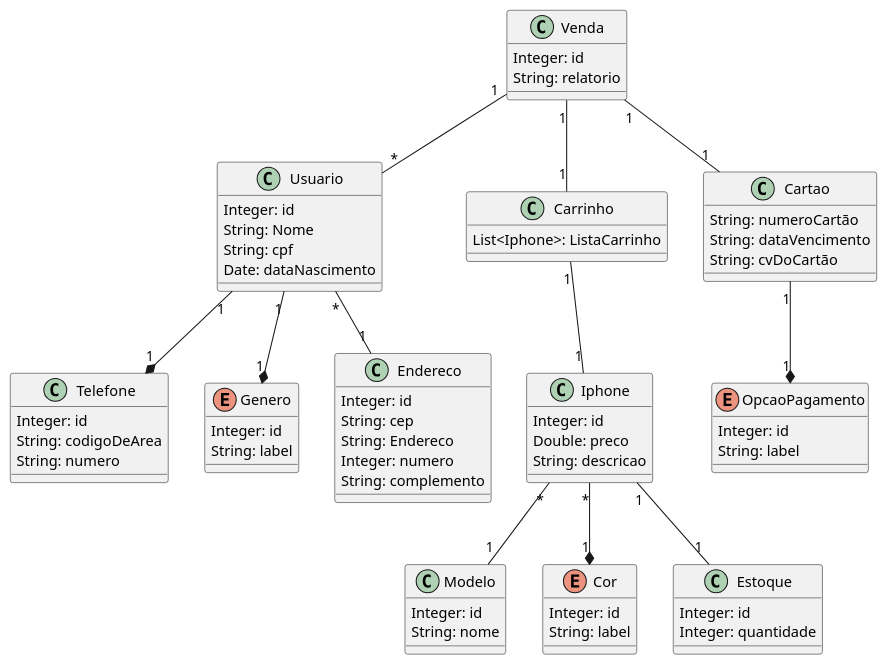
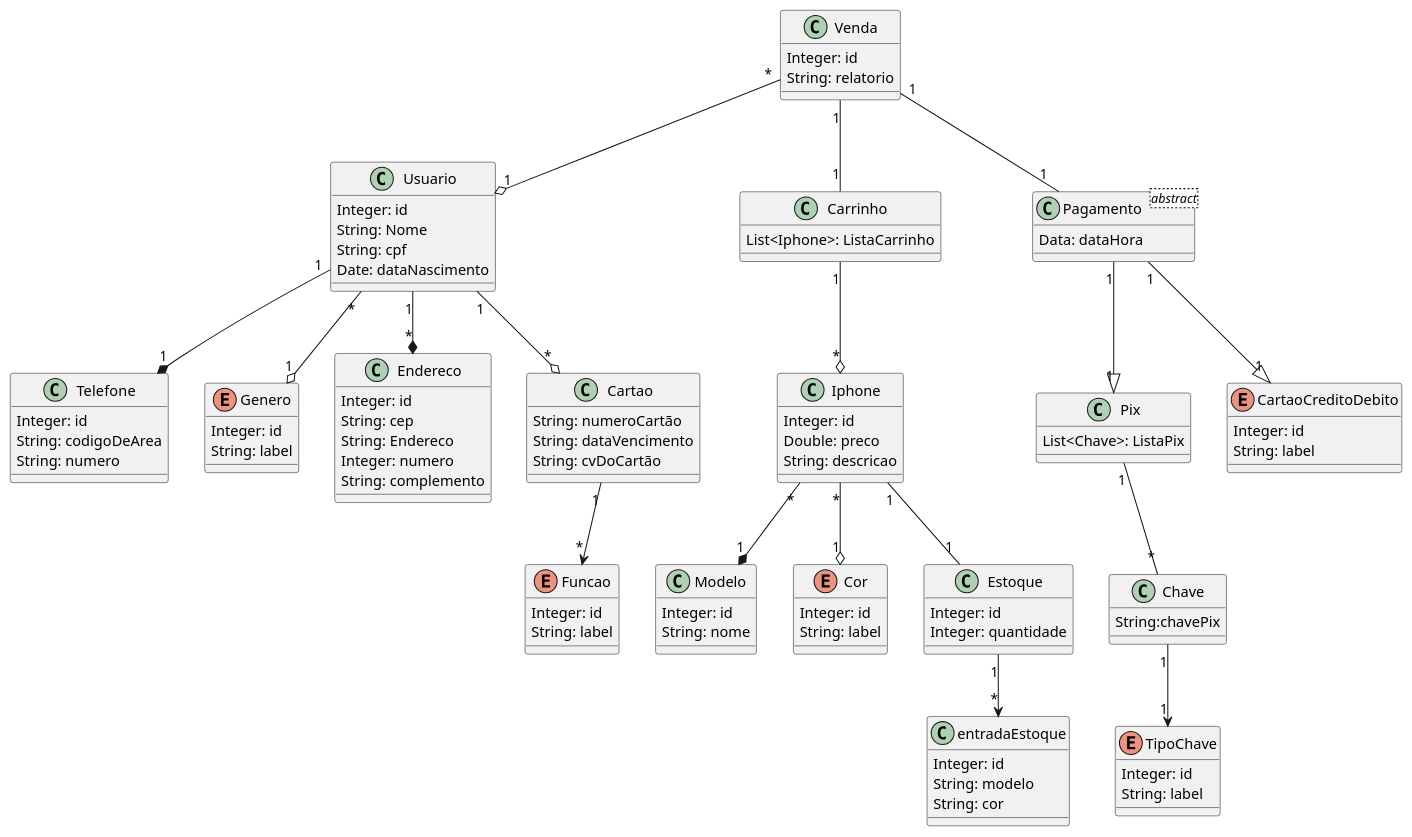
Before and after one commit to rafael-a-s/modelo-uml-rriphones: the diagram in index.puml, drawn with PlantUML.

Commit message:
Atualização do diagrama na aula 24/03

```diff
--- a/index.puml
+++ b/index.puml
@@ -1,82 +1,114 @@
 @startuml
 
 '=============== Produto ============'
 class Iphone{
   Integer: id
   Double: preco
   String: descricao
 }
 class Modelo{
   Integer: id
   String: nome
 }
 enum Cor{
   Integer: id
   String: label
 }
 class Estoque{
   Integer: id
   Integer: quantidade
 
 }
-Iphone "*"--*"1" Cor
-Iphone "*"--"1" Modelo
+class entradaEstoque{
+  Integer: id
+  String: modelo
+  String: cor
+
+}
+Iphone "*"--o "1" Cor
+Iphone "*"--*"1" Modelo
 Iphone "1"--"1" Estoque
+Estoque "1"-->"*" entradaEstoque
 '=============== Usuario ============'
 class Usuario{
   Integer: id
   String: Nome
   String: cpf
   Date: dataNascimento
 
 }
 class Telefone{
   Integer: id
   String: codigoDeArea
   String: numero
 }
 enum Genero{
   Integer: id
   String: label
 }
 class Endereco{
   Integer: id
   String: cep 
   String: Endereco
   Integer: numero
   String: complemento
 }
+'Guardar hash do cv do cartao'
+'Hash da data de vencimento'
+class Cartao{
+  String: numeroCartão
+  String: dataVencimento
+  String: cvDoCartão 
+}
 
-Usuario "1"--*"1" Genero
+Enum Funcao{
+  Integer: id
+  String: label
+}
+
+Usuario "*"--o "1" Genero
 Usuario "1"--*"1" Telefone
-Usuario "*"--"1" Endereco
+Usuario "1"--*"*" Endereco
+Usuario "1"--o "*" Cartao
+Cartao "1"-->"*" Funcao
 '=============== Compra ============'
 class Carrinho{
   List<Iphone>: ListaCarrinho
 }
 class Venda{
   Integer: id
   String: relatorio
 }
-class Cartao{
-  String: numeroCartão
-  String: dataVencimento
-  String: cvDoCartão
+class  Pagamento<abstract>{
+  Data: dataHora
 }
-
-Enum OpcaoPagamento{
+class Pix {
+  List<Chave>: ListaPix
+}
+class Chave{
+  String:chavePix
+}
+Enum TipoChave{
   Integer: id
   String: label
 }
 
-Carrinho "1"--"1" Iphone
-Venda "1"--"1" Carrinho
-Venda "1"--"*" Usuario
-Venda "1"--"1" Cartao
-Cartao "1"--*"1" OpcaoPagamento
+Enum CartaoCreditoDebito{
+  Integer: id
+  String: label
+}
 
 
+Carrinho "1"--o "*" Iphone
+Venda "1"--"1" Carrinho
+Venda "*"--o "1" Usuario
+Venda "1"--"1" Pagamento
+Pagamento "1"--|>"1" Pix
+Pagamento "1"--|>"1" CartaoCreditoDebito
+Pix "1"--"*" Chave
+Chave "1"-->"1" TipoChave
+
 '=============== relacionamentos ============'
-
+'Buscar os dados de enderço via api dos correios'
 
 @enduml
```
